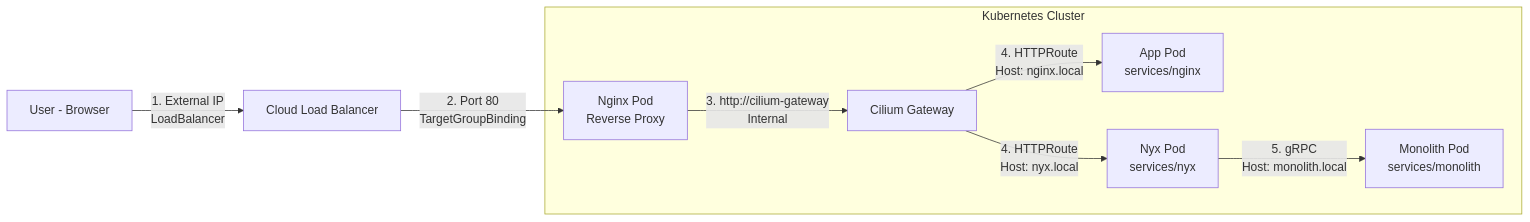
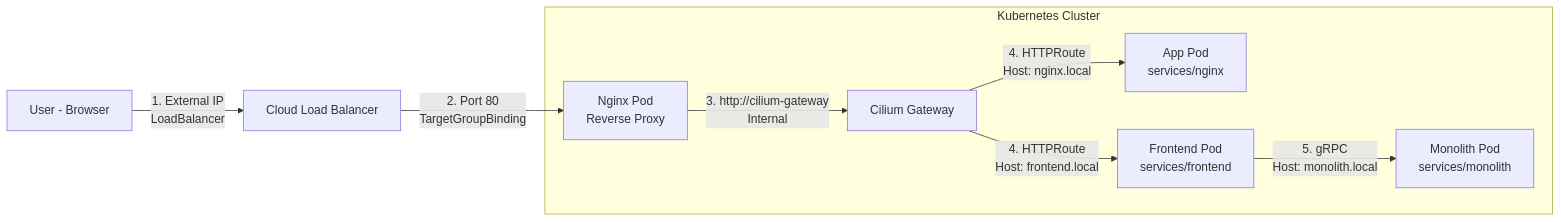
Before and after one commit to panicboat/monorepo: the first of 2 diagrams in README-ja.md, drawn with Mermaid. The commit also changed other lines of this file and 395 other files, not shown here.

Commit message:
refactor: Rename nyx to frontend (#566)

````diff
--- a/README-ja.md
+++ b/README-ja.md
@@ -68,12 +68,12 @@
 ```mermaid
 graph LR
   User[User - Browser] -- "1. External IP<br>LoadBalancer" --> NginxLB[Cloud Load Balancer]
   NginxLB -- "2. Port 80<br>TargetGroupBinding" --> NginxPod[Nginx Pod<br>Reverse Proxy]
 
   subgraph "Kubernetes Cluster"
     NginxPod -- "3. http://cilium-gateway<br>Internal" --> CiliumGw[Cilium Gateway]
     CiliumGw -- "4. HTTPRoute<br>Host: nginx.local" --> AppPod[App Pod<br>services/nginx]
-    CiliumGw -- "4. HTTPRoute<br>Host: nyx.local" --> NyxPod[Nyx Pod<br>services/nyx]
-    NyxPod -- "5. gRPC<br>Host: monolith.local" --> MonolithPod[Monolith Pod<br>services/monolith]
+    CiliumGw -- "4. HTTPRoute<br>Host: frontend.local" --> FrontendPod[Frontend Pod<br>services/frontend]
+    FrontendPod -- "5. gRPC<br>Host: monolith.local" --> MonolithPod[Monolith Pod<br>services/monolith]
   end
 ```
````
